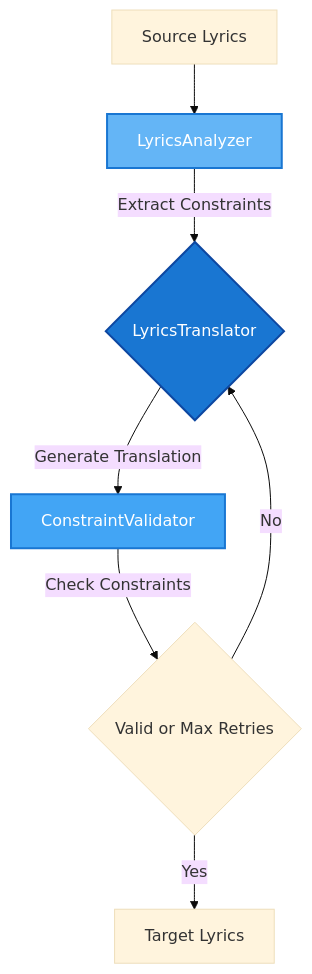
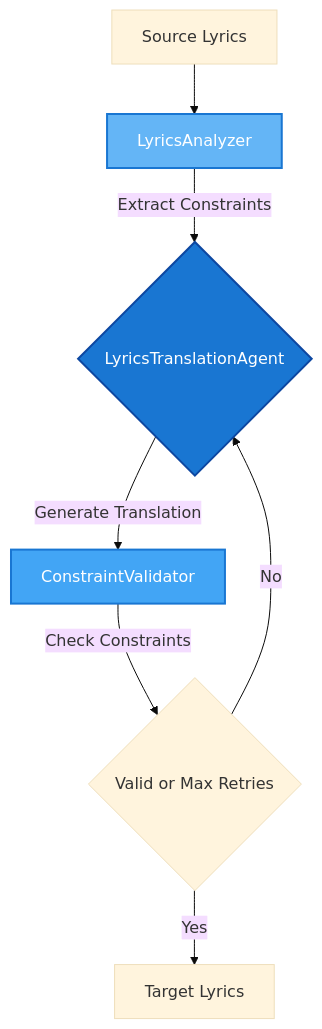
One commit to guan404ming/blt changed the diagram in README.md. Above: the diagram before and after it, drawn with Mermaid (base theme). The commit also changed other lines of this file and 5 other files, not shown here.

````diff
--- a/README.md
+++ b/README.md
@@ -47,13 +47,13 @@
 ```mermaid
 flowchart TD
     A[Source Lyrics] --> B[LyricsAnalyzer]
-    B --> |Extract Constraints| C{LyricsTranslator}
+    B --> |Extract Constraints| C{LyricsTranslationAgent}
     C --> |Generate Translation| D[ConstraintValidator]
     D --> |Check Constraints| E{Valid or Max Retries}
     E --> |No| C
     E --> |Yes| F[Target Lyrics]
 
     style B fill:#64b5f6,stroke:#1976d2,stroke-width:2px,color:#fff
     style C fill:#1976d2,stroke:#0d47a1,stroke-width:2px,color:#fff
     style D fill:#42a5f5,stroke:#1976d2,stroke-width:2px,color:#fff
 ```
````
